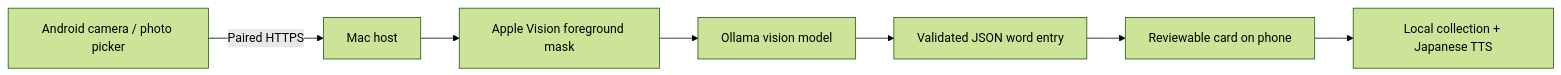
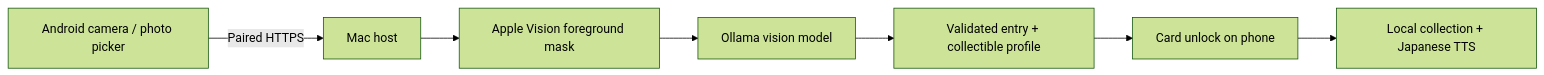
Before and after one commit to edtireli/spiraldex: the diagram in README.md, drawn with Mermaid (forest theme). The commit also changed other lines of this file and 46 other files, not shown here.

````diff
--- a/README.md
+++ b/README.md
@@ -71,9 +71,9 @@
 ```mermaid
 flowchart LR
     A[Android camera / photo picker] -->|Paired HTTPS| B[Mac host]
     B --> C[Apple Vision foreground mask]
     C --> D[Ollama vision model]
-    D --> E[Validated JSON word entry]
-    E --> F[Reviewable card on phone]
+    D --> E[Validated entry + collectible profile]
+    E --> F[Card unlock on phone]
     F --> G[Local collection + Japanese TTS]
 ```
````
